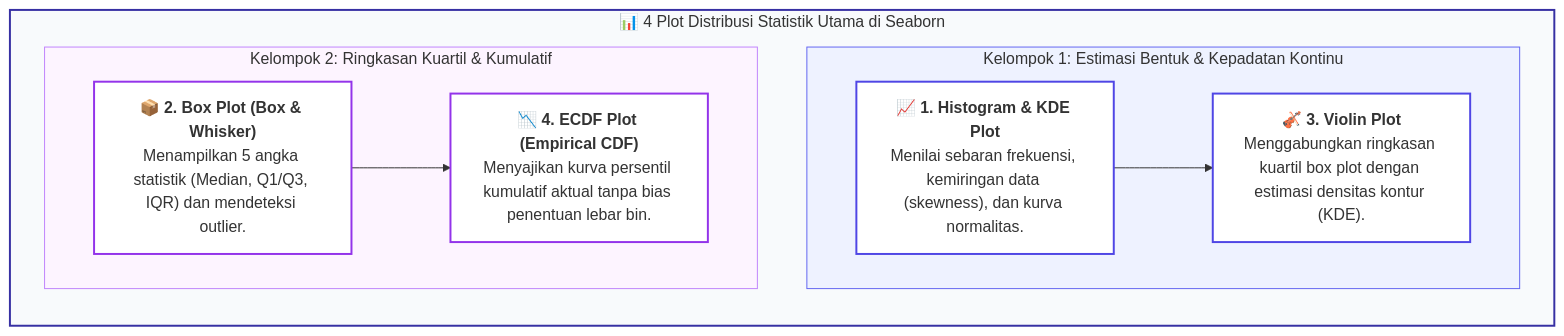
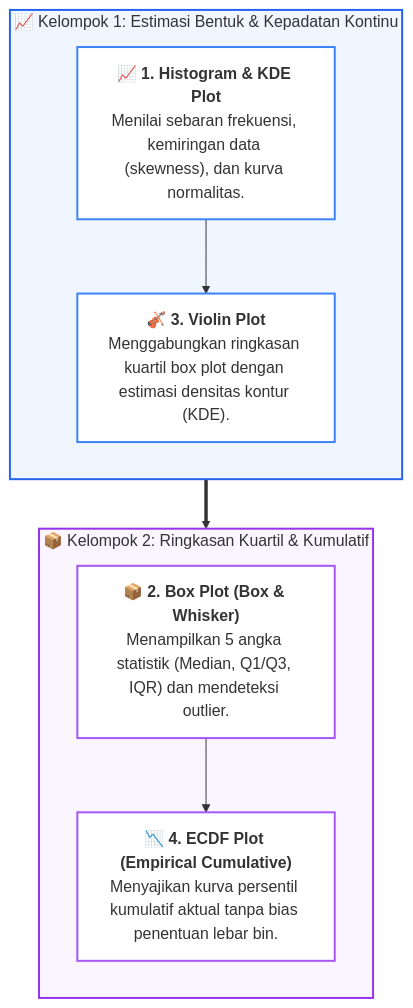
The diagram in docs/visualisasi-data/06-seaborn-statistik-distribusi.md (mahendaruui/Perkuliahan), drawn with Mermaid before and after one commit. The commit also changed 1 other file, not shown here.

Commit message:
refactor: simplify Mermaid diagram structure and styling in statistics and Gestalt principle documentation

````diff
--- a/docs/visualisasi-data/06-seaborn-statistik-distribusi.md
+++ b/docs/visualisasi-data/06-seaborn-statistik-distribusi.md
@@ -14,25 +14,25 @@
 ```mermaid
 flowchart TD
-    subgraph PlotDist["📊 4 Plot Distribusi Statistik Utama di Seaborn"]
+    subgraph GroupA["📈 Kelompok 1: Estimasi Bentuk & Kepadatan Kontinu"]
         direction TB
-        subgraph ColA["Kelompok 1: Estimasi Bentuk & Kepadatan Kontinu"]
-            A["📈 <b>1. Histogram & KDE Plot</b><br>Menilai sebaran frekuensi, kemiringan data (skewness), dan kurva normalitas."]
-            C["🎻 <b>3. Violin Plot</b><br>Menggabungkan ringkasan kuartil box plot dengan estimasi densitas kontur (KDE)."]
-        end
-        subgraph ColB["Kelompok 2: Ringkasan Kuartil & Kumulatif"]
-            B["📦 <b>2. Box Plot (Box & Whisker)</b><br>Menampilkan 5 angka statistik (Median, Q1/Q3, IQR) dan mendeteksi outlier."]
-            D["📉 <b>4. ECDF Plot (Empirical CDF)</b><br>Menyajikan kurva persentil kumulatif aktual tanpa bias penentuan lebar bin."]
-        end
+        A["📈 <b>1. Histogram & KDE Plot</b><br>Menilai sebaran frekuensi, kemiringan data (skewness), dan kurva normalitas."]
+        C["🎻 <b>3. Violin Plot</b><br>Menggabungkan ringkasan kuartil box plot dengan estimasi densitas kontur (KDE)."]
+        A --> C
     end
 
-    A --> C
-    B --> D
+    subgraph GroupB["📦 Kelompok 2: Ringkasan Kuartil & Kumulatif"]
+        direction TB
+        B["📦 <b>2. Box Plot (Box & Whisker)</b><br>Menampilkan 5 angka statistik (Median, Q1/Q3, IQR) dan mendeteksi outlier."]
+        D["📉 <b>4. ECDF Plot (Empirical Cumulative)</b><br>Menyajikan kurva persentil kumulatif aktual tanpa bias penentuan lebar bin."]
+        B --> D
+    end
 
-    style PlotDist fill:#f8fafc,stroke:#3730a3,stroke-width:2px
-    style ColA fill:#eef2ff,stroke:#6366f1,stroke-width:1px
-    style ColB fill:#fdf4ff,stroke:#c084fc,stroke-width:1px
-    style A fill:#ffffff,stroke:#4f46e5,stroke-width:2px
-    style C fill:#ffffff,stroke:#4f46e5,stroke-width:2px
-    style B fill:#ffffff,stroke:#9333ea,stroke-width:2px
-    style D fill:#ffffff,stroke:#9333ea,stroke-width:2px
+    GroupA ==> GroupB
+
+    style GroupA fill:#eff6ff,stroke:#2563eb,stroke-width:2px
+    style GroupB fill:#faf5ff,stroke:#9333ea,stroke-width:2px
+    style A fill:#ffffff,stroke:#3b82f6,stroke-width:2px
+    style C fill:#ffffff,stroke:#3b82f6,stroke-width:2px
+    style B fill:#ffffff,stroke:#a855f7,stroke-width:2px
+    style D fill:#ffffff,stroke:#a855f7,stroke-width:2px
 ```
````
